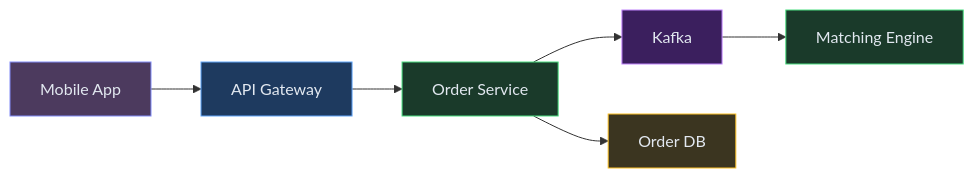
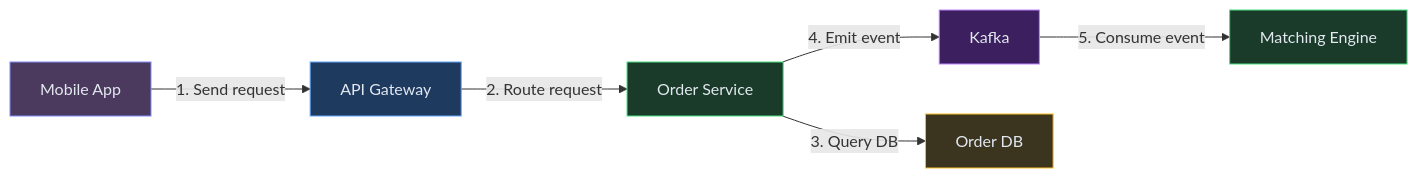
Before and after one commit to iluzn/HLD-Designs: the second of 9 diagrams in content/hld/StockBroker.md, drawn with Mermaid. The commit also changed other lines of this file and 27 other files, not shown here.

````diff
--- a/content/hld/StockBroker.md
+++ b/content/hld/StockBroker.md
@@ -195,21 +195,21 @@
 ```mermaid
 flowchart LR
     App["Mobile App"]:::client
     GW["API Gateway"]:::edge
     OMS["Order Service"]:::service
     KF["Kafka"]:::async
     ME["Matching Engine"]:::service
     DB["Order DB"]:::data
 
-    App --> GW
-    GW --> OMS
-    OMS --> DB
-    OMS --> KF
-    KF --> ME
+    App -->|"1. Send request"| GW
+    GW -->|"2. Route request"| OMS
+    OMS -->|"3. Query DB"| DB
+    OMS -->|"4. Emit event"| KF
+    KF -->|"5. Consume event"| ME
 
     classDef client fill:#4c3a5e,stroke:#818cf8,color:#e2e8f0
     classDef edge fill:#1e3a5f,stroke:#60a5fa,color:#e2e8f0
     classDef service fill:#1a3a2a,stroke:#4ade80,color:#e2e8f0
     classDef async fill:#3b1f5e,stroke:#c084fc,color:#e2e8f0
     classDef data fill:#3b3520,stroke:#fbbf24,color:#e2e8f0
 ```
````
